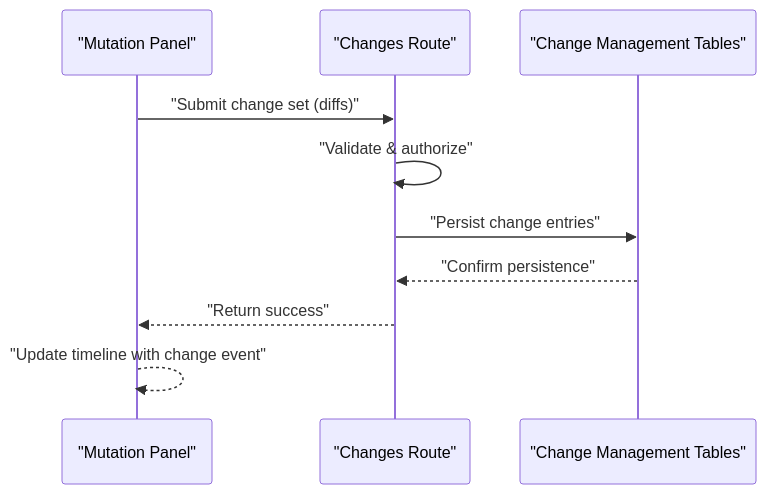
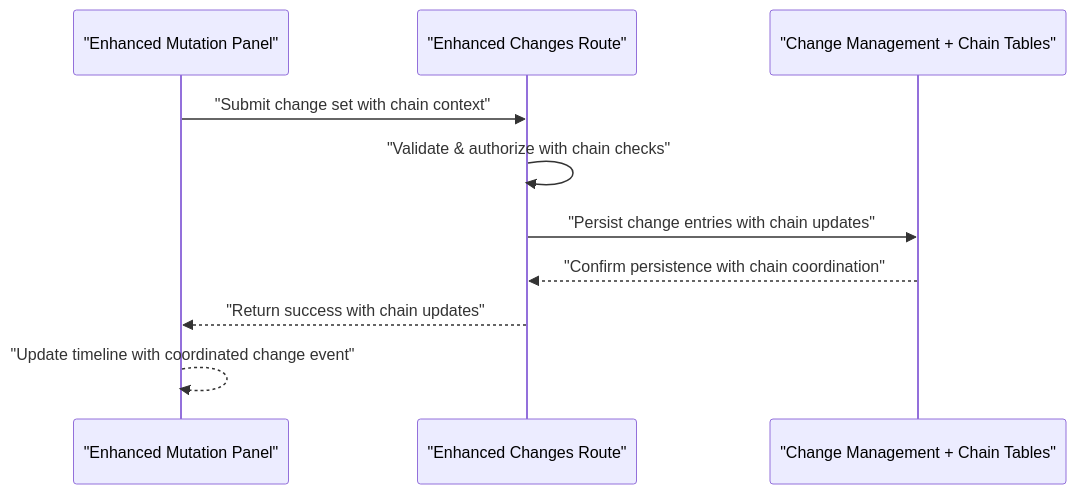
Before and after one commit to EdwinCycling/LiquidHR: the eighth of 11 diagrams in .qoder/repowiki/en/content/Core HR Module/Employment Lifecycle.md, drawn with Mermaid. The commit also changed other lines of this file and 73 other files, not shown here.

````diff
--- a/.qoder/repowiki/en/content/Core HR Module/Employment Lifecycle.md
+++ b/.qoder/repowiki/en/content/Core HR Module/Employment Lifecycle.md
@@ -373,12 +469,12 @@
 ```mermaid
 sequenceDiagram
-participant UI as "Mutation Panel"
-participant API as "Changes Route"
-participant DB as "Change Management Tables"
-UI->>API : "Submit change set (diffs)"
-API->>API : "Validate & authorize"
-API->>DB : "Persist change entries"
-DB-->>API : "Confirm persistence"
-API-->>UI : "Return success"
-UI-->>UI : "Update timeline with change event"
+participant UI as "Enhanced Mutation Panel"
+participant API as "Enhanced Changes Route"
+participant DB as "Change Management + Chain Tables"
+UI->>API : "Submit change set with chain context"
+API->>API : "Validate & authorize with chain checks"
+API->>DB : "Persist change entries with chain updates"
+DB-->>API : "Confirm persistence with chain coordination"
+API-->>UI : "Return success with chain updates"
+UI-->>UI : "Update timeline with coordinated change event"
 ```
````
